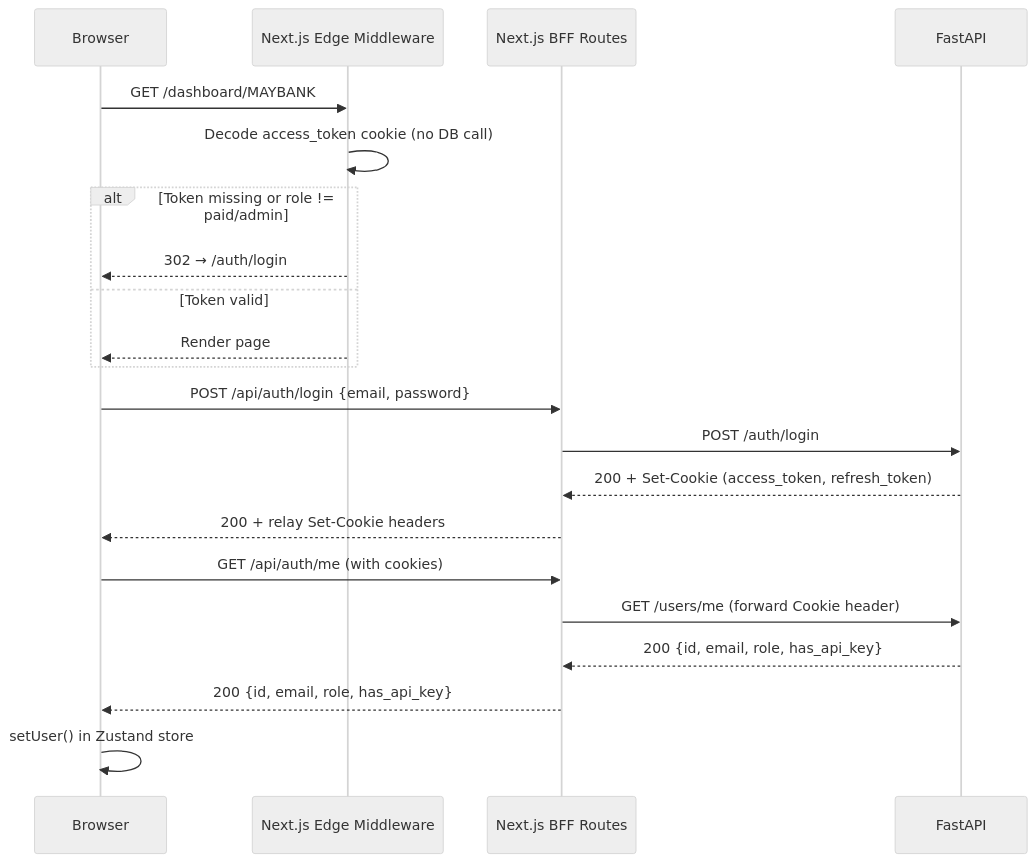
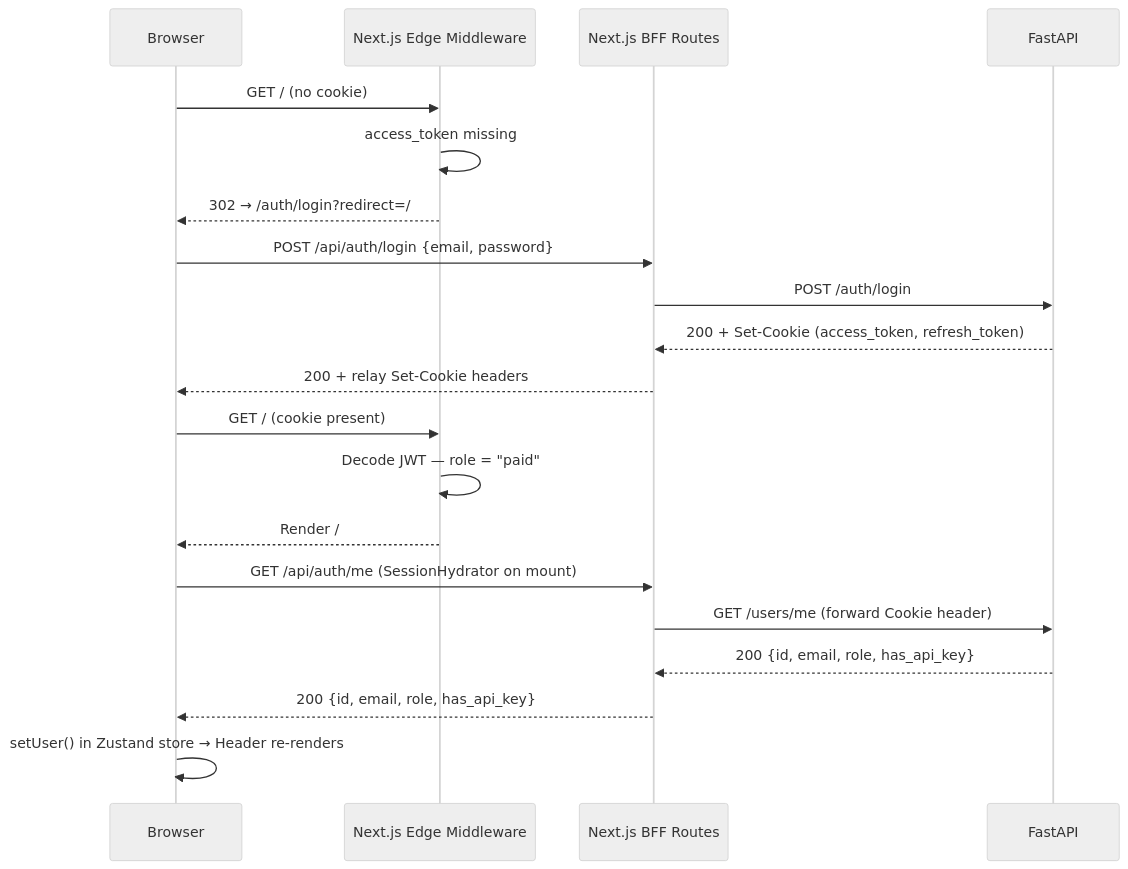
The diagram in docs/frontend/architecture.md (ONGKOKRHUI/financial-insights), drawn with Mermaid (neutral theme) before and after one commit. The commit also changed other lines of this file and 11 other files, not shown here.

````diff
--- a/docs/frontend/architecture.md
+++ b/docs/frontend/architecture.md
@@ -96,26 +118,26 @@
 ```mermaid
 sequenceDiagram
     participant Browser
     participant NextEdge as Next.js Edge Middleware
     participant BFF as Next.js BFF Routes
     participant FastAPI
 
-    Browser->>NextEdge: GET /dashboard/MAYBANK
-    NextEdge->>NextEdge: Decode access_token cookie (no DB call)
-    alt Token missing or role != paid/admin
-        NextEdge-->>Browser: 302 → /auth/login
-    else Token valid
-        NextEdge-->>Browser: Render page
-    end
+    Browser->>NextEdge: GET / (no cookie)
+    NextEdge->>NextEdge: access_token missing
+    NextEdge-->>Browser: 302 → /auth/login?redirect=/
 
     Browser->>BFF: POST /api/auth/login {email, password}
     BFF->>FastAPI: POST /auth/login
     FastAPI-->>BFF: 200 + Set-Cookie (access_token, refresh_token)
     BFF-->>Browser: 200 + relay Set-Cookie headers
 
-    Browser->>BFF: GET /api/auth/me (with cookies)
+    Browser->>NextEdge: GET / (cookie present)
+    NextEdge->>NextEdge: Decode JWT — role = "paid"
+    NextEdge-->>Browser: Render /
+
+    Browser->>BFF: GET /api/auth/me (SessionHydrator on mount)
     BFF->>FastAPI: GET /users/me (forward Cookie header)
     FastAPI-->>BFF: 200 {id, email, role, has_api_key}
     BFF-->>Browser: 200 {id, email, role, has_api_key}
-    Browser->>Browser: setUser() in Zustand store
+    Browser->>Browser: setUser() in Zustand store → Header re-renders
 ```
````
